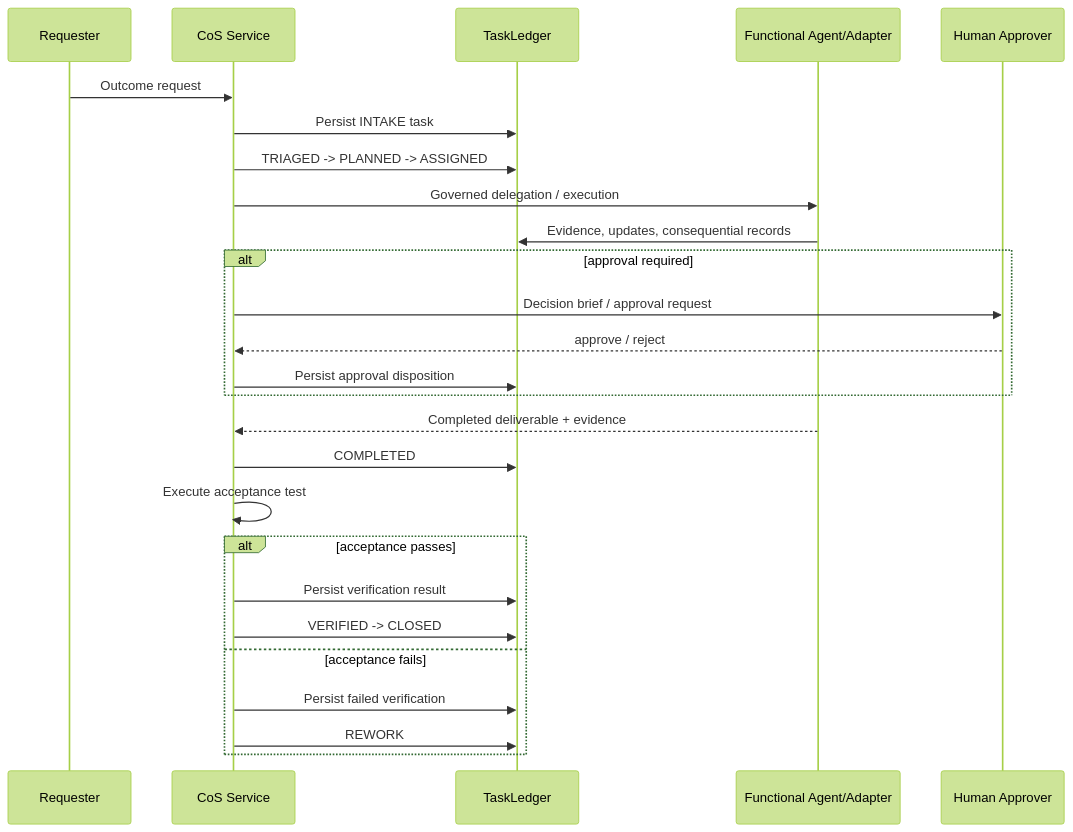
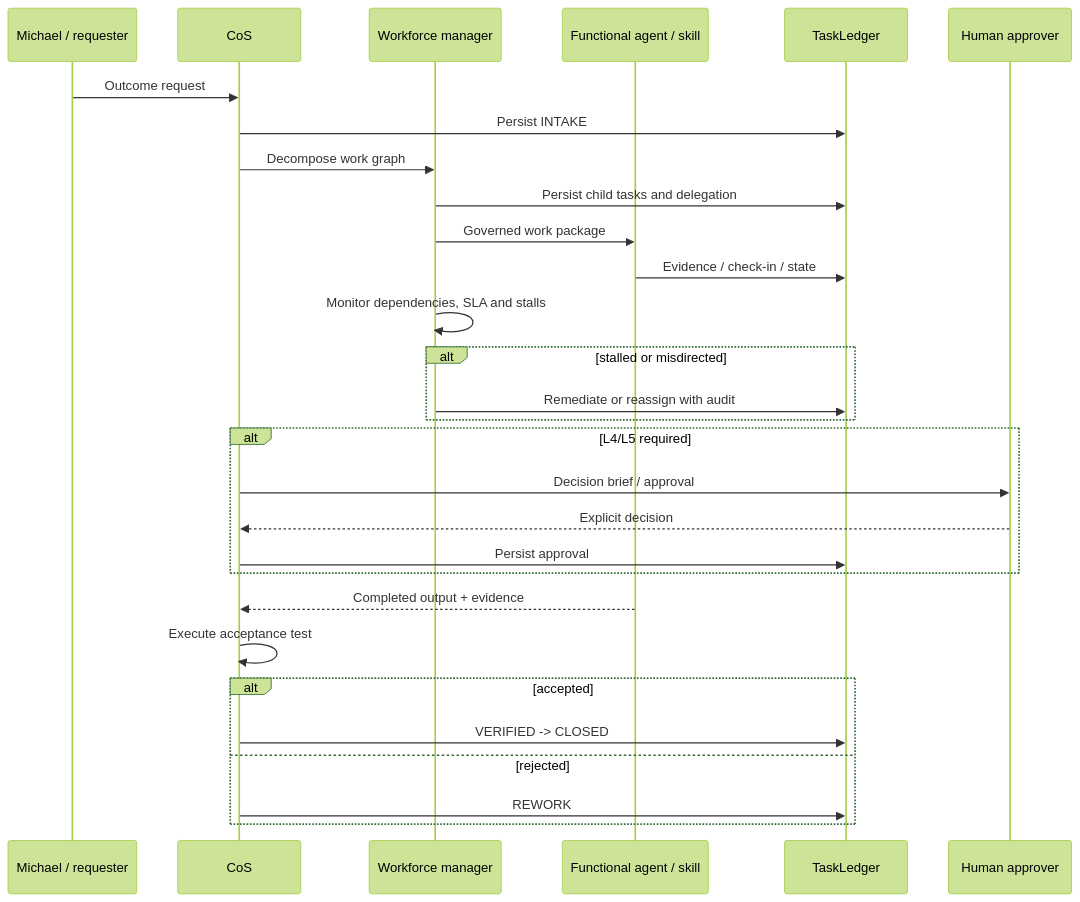
Before and after one commit to mkleinbe/mesh-ai-agent-cos-universe: the second of 2 diagrams in docs/architecture.md, drawn with Mermaid (forest theme). The commit also changed other lines of this file, not shown here.

Commit message:
docs: align architecture to final work-management runtime

````diff
--- a/docs/architecture.md
+++ b/docs/architecture.md
@@ -91,29 +46,32 @@
 ```mermaid
 sequenceDiagram
-    participant R as Requester
-    participant C as CoS Service
+    participant M as Michael / requester
+    participant C as CoS
+    participant W as Workforce manager
+    participant F as Functional agent / skill
     participant L as TaskLedger
-    participant F as Functional Agent/Adapter
-    participant H as Human Approver
+    participant H as Human approver
 
-    R->>C: Outcome request
-    C->>L: Persist INTAKE task
-    C->>L: TRIAGED -> PLANNED -> ASSIGNED
-    C->>F: Governed delegation / execution
-    F->>L: Evidence, updates, consequential records
-    alt approval required
-        C->>H: Decision brief / approval request
-        H-->>C: approve / reject
-        C->>L: Persist approval disposition
+    M->>C: Outcome request
+    C->>L: Persist INTAKE
+    C->>W: Decompose work graph
+    W->>L: Persist child tasks and delegation
+    W->>F: Governed work package
+    F->>L: Evidence / check-in / state
+    W->>W: Monitor dependencies, SLA and stalls
+    alt stalled or misdirected
+        W->>L: Remediate or reassign with audit
     end
-    F-->>C: Completed deliverable + evidence
-    C->>L: COMPLETED
+    alt L4/L5 required
+        C->>H: Decision brief / approval
+        H-->>C: Explicit decision
+        C->>L: Persist approval
+    end
+    F-->>C: Completed output + evidence
     C->>C: Execute acceptance test
-    alt acceptance passes
-        C->>L: Persist verification result
+    alt accepted
         C->>L: VERIFIED -> CLOSED
-    else acceptance fails
-        C->>L: Persist failed verification
+    else rejected
         C->>L: REWORK
     end
 ```
````
